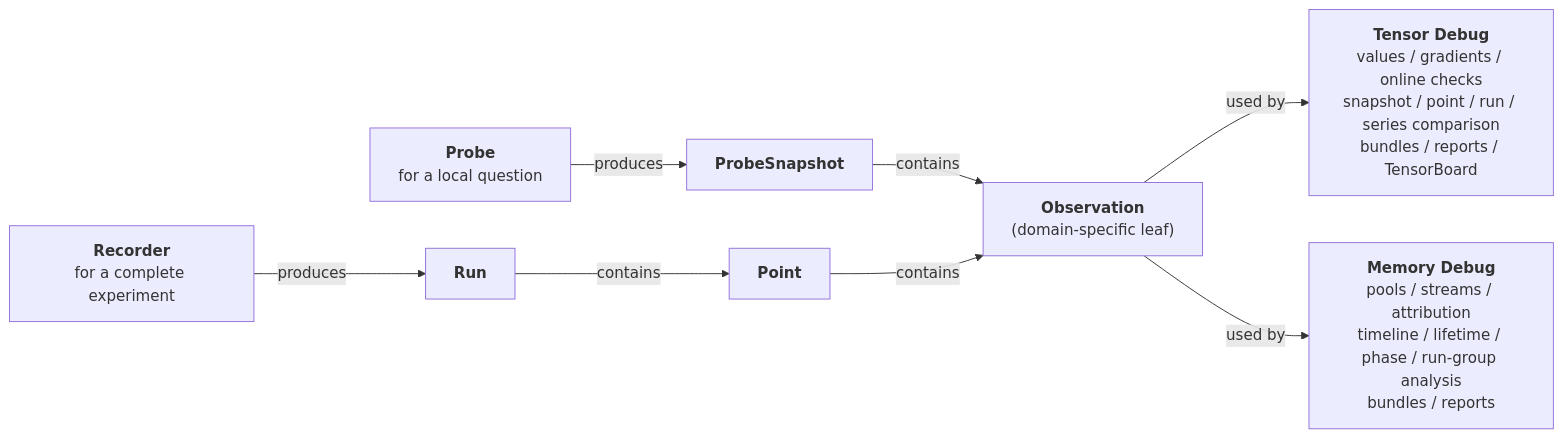
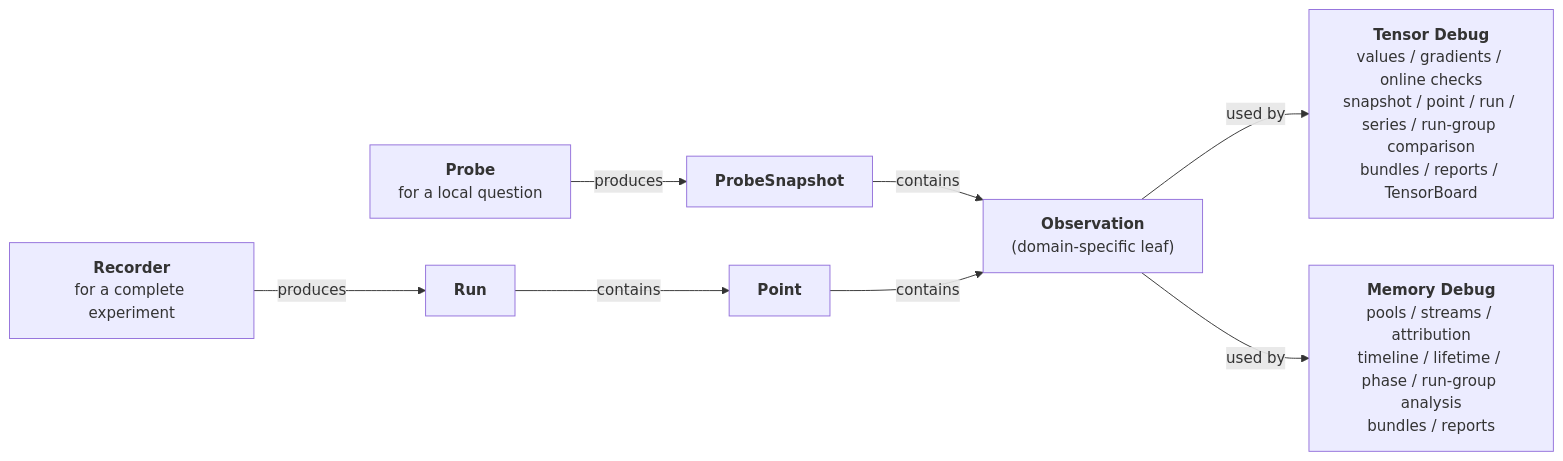
The diagram in README.md (buptzyb/torch-cudagraph-debug), drawn with Mermaid before and after one commit. The commit also changed other lines of this file and 93 other files, not shown here.

Commit message:
Unify tensor and memory debug workflows

````diff
--- a/README.md
+++ b/README.md
@@ -27,12 +27,12 @@
 ```mermaid
 flowchart LR
     P["<b>Probe</b><br/>for a local question"] -->|produces| PS["<b>ProbeSnapshot</b>"]
     PS -->|contains| O["<b>Observation</b><br/>(domain-specific leaf)"]
 
     R["<b>Recorder</b><br/>for a complete experiment"] -->|produces| RUN["<b>Run</b>"]
     RUN -->|contains| PT["<b>Point</b>"]
     PT -->|contains| O
 
-    O -->|used by| T["<b>Tensor Debug</b><br/>values / gradients / online checks<br/>snapshot / point / run / series comparison<br/>bundles / reports / TensorBoard"]
+    O -->|used by| T["<b>Tensor Debug</b><br/>values / gradients / online checks<br/>snapshot / point / run / series / run-group comparison<br/>bundles / reports / TensorBoard"]
     O -->|used by| M["<b>Memory Debug</b><br/>pools / streams / attribution<br/>timeline / lifetime / phase / run-group analysis<br/>bundles / reports"]
 ```
````
